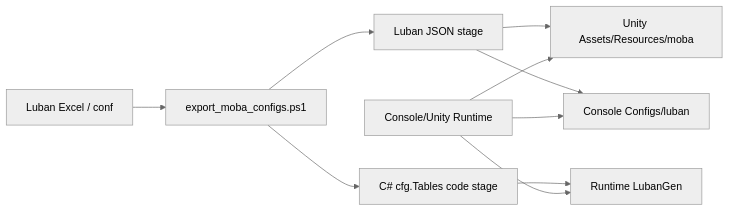
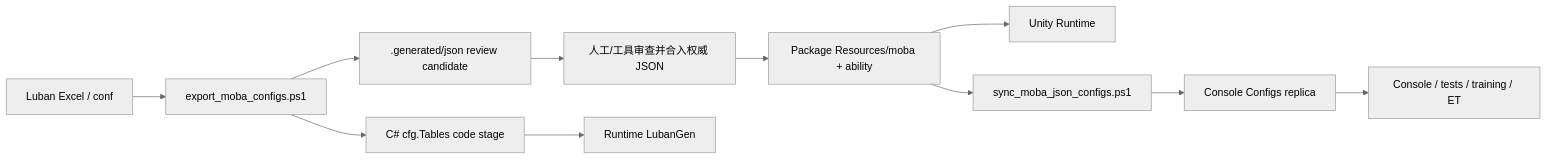
One commit to Kurumioi/AbilityKit changed the fifth of 12 diagrams in Docs/design/05-CommonModules/04-ConfigurationSystem.md. Above: the diagram before and after it, drawn with Mermaid (neutral theme). The commit also changed other lines of this file and 618 other files, not shown here.

````diff
--- a/Docs/design/05-CommonModules/04-ConfigurationSystem.md
+++ b/Docs/design/05-CommonModules/04-ConfigurationSystem.md
@@ -322,12 +322,13 @@
 ```mermaid
 flowchart LR
-    Excel["Luban Excel / conf"] --> Script["export_moba_configs.ps1"]
-    Script --> Json["Luban JSON stage"]
-    Script --> Code["C# cfg.Tables code stage"]
-    Json --> UnityRes["Unity Assets/Resources/moba"]
-    Json --> ConsoleCfg["Console Configs/luban"]
+    Excel["Luban Excel / conf"] --> Export["export_moba_configs.ps1"]
+    Export --> Candidate[".generated/json review candidate"]
+    Export --> Code["C# cfg.Tables code stage"]
+    Candidate --> Review["人工/工具审查并合入权威 JSON"]
+    Review --> Package["Package Resources/moba + ability"]
+    Package --> UnityRuntime["Unity Runtime"]
+    Package --> Publish["sync_moba_json_configs.ps1"]
+    Publish --> ConsoleCfg["Console Configs replica"]
+    ConsoleCfg --> DotNetRuntime["Console / tests / training / ET"]
     Code --> LubanGen["Runtime LubanGen"]
-    Runtime["Console/Unity Runtime"] --> UnityRes
-    Runtime --> ConsoleCfg
-    Runtime --> LubanGen
 ```
````
